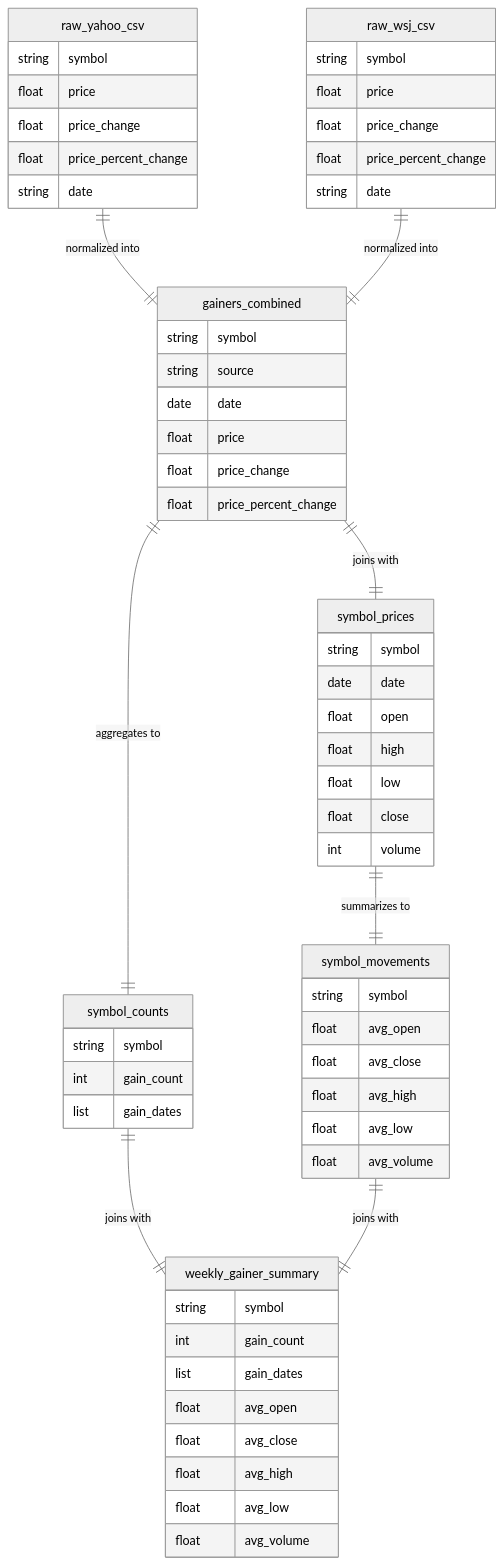
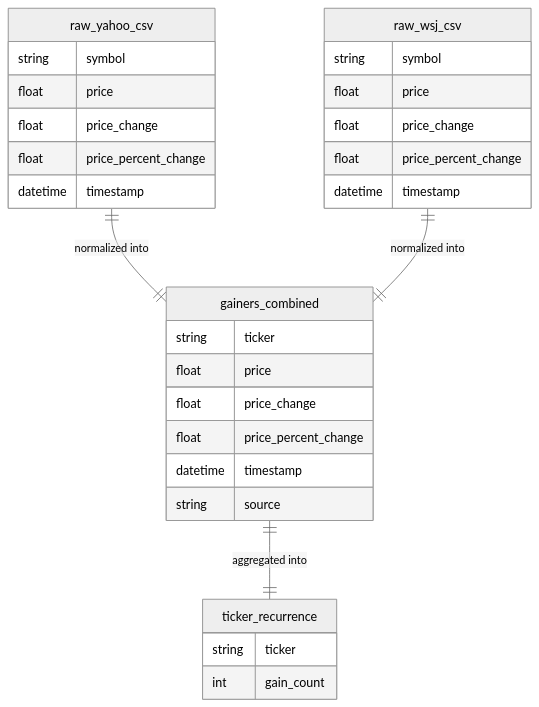
Before and after one commit to DevlinBridges/SP25_DS5111_cbv6gd: the diagram in erd.md, drawn with Mermaid (neutral theme). The commit also changed other lines of this file, not shown here.

First line of the commit message:
Update erd.md

````diff
--- a/erd.md
+++ b/erd.md
@@ -21,71 +17,36 @@
 ```mermaid
 erDiagram
     raw_yahoo_csv {
         string symbol
         float price
         float price_change
         float price_percent_change
-        string date
+        datetime timestamp
     }
 
     raw_wsj_csv {
         string symbol
         float price
         float price_change
         float price_percent_change
-        string date
+        datetime timestamp
     }
 
     gainers_combined {
-        string symbol
-        string source
-        date date
+        string ticker
         float price
         float price_change
         float price_percent_change
+        datetime timestamp
+        string source
     }
 
-    symbol_prices {
-        string symbol
-        date date
-        float open
-        float high
-        float low
-        float close
-        int volume
-    }
-
-    symbol_counts {
-        string symbol
+    ticker_recurrence {
+        string ticker
         int gain_count
-        list gain_dates
-    }
-
-    symbol_movements {
-        string symbol
-        float avg_open
-        float avg_close
-        float avg_high
-        float avg_low
-        float avg_volume
-    }
-
-    weekly_gainer_summary {
-        string symbol
-        int gain_count
-        list gain_dates
-        float avg_open
-        float avg_close
-        float avg_high
-        float avg_low
-        float avg_volume
     }
 
     raw_yahoo_csv ||--|| gainers_combined : "normalized into"
     raw_wsj_csv ||--|| gainers_combined : "normalized into"
-    gainers_combined ||--|| symbol_prices : "joins with"
-    gainers_combined ||--|| symbol_counts : "aggregates to"
-    symbol_prices ||--|| symbol_movements : "summarizes to"
-    symbol_counts ||--|| weekly_gainer_summary : "joins with"
-    symbol_movements ||--|| weekly_gainer_summary : "joins with"
+    gainers_combined ||--|| ticker_recurrence : "aggregated into"
 ```
````
